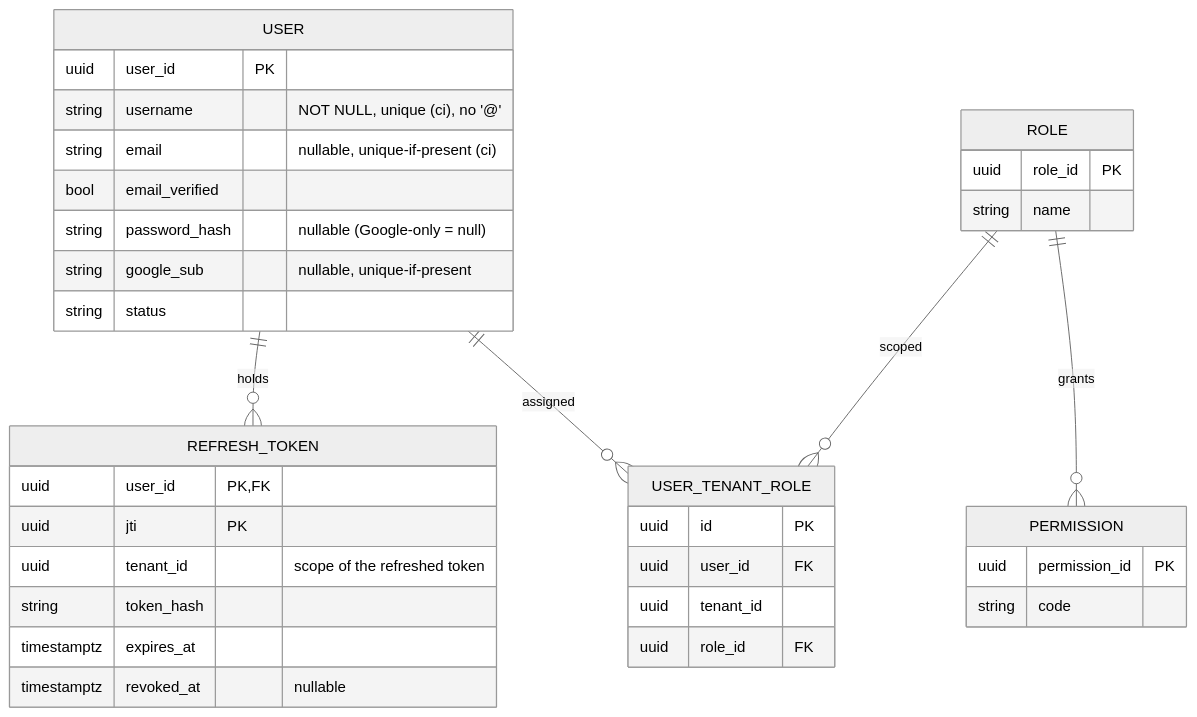
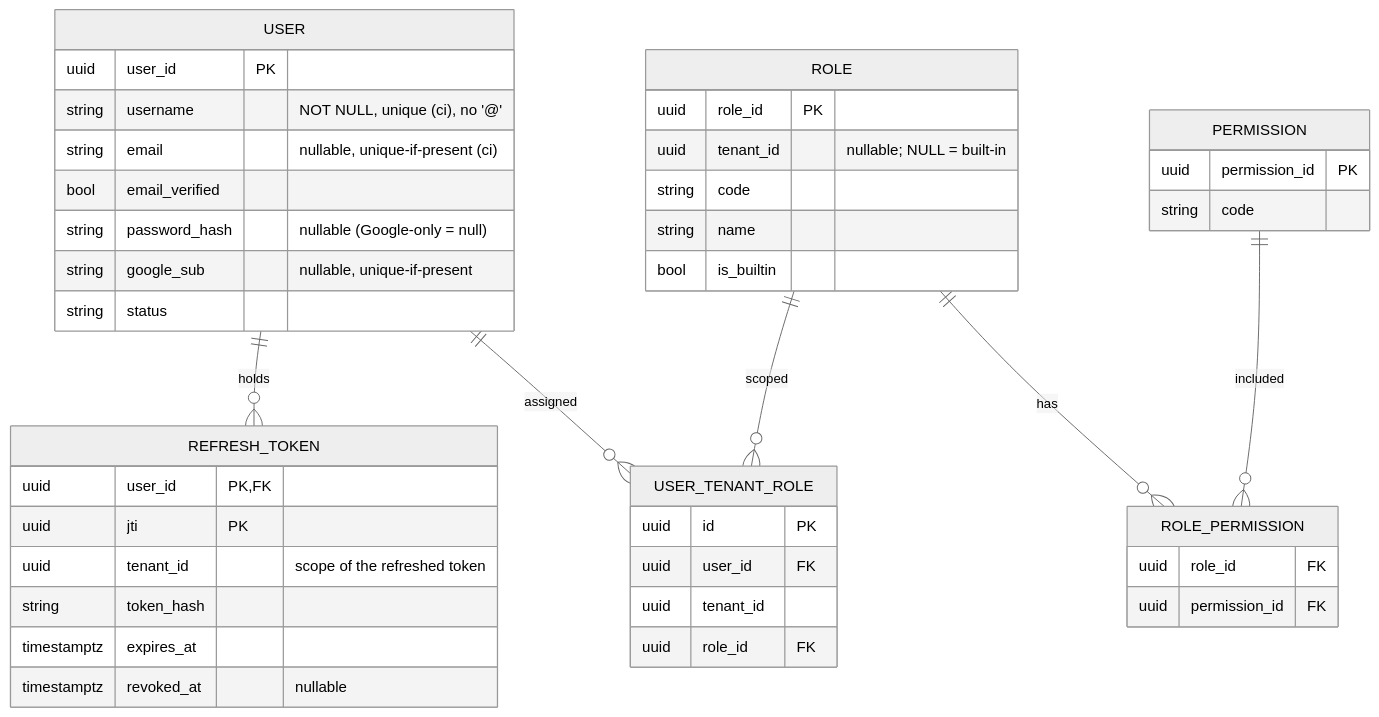
One commit to protocyber/akademiq changed the diagram in docs/internal/10_data_design/01_IAM_Service_ERD.md. Above: the diagram before and after it, drawn with Mermaid (neutral theme). The commit also changed other lines of this file and 9 other files, not shown here.

````diff
--- a/docs/internal/10_data_design/01_IAM_Service_ERD.md
+++ b/docs/internal/10_data_design/01_IAM_Service_ERD.md
@@ -3,43 +3,52 @@
 ```mermaid
 erDiagram
 USER {
   uuid user_id PK
   string username "NOT NULL, unique (ci), no '@'"
   string email "nullable, unique-if-present (ci)"
   bool email_verified
   string password_hash "nullable (Google-only = null)"
   string google_sub "nullable, unique-if-present"
   string status
 }
 
 ROLE {
   uuid role_id PK
+  uuid tenant_id "nullable; NULL = built-in"
+  string code
   string name
+  bool is_builtin
 }
 
 PERMISSION {
   uuid permission_id PK
   string code
+}
+
+ROLE_PERMISSION {
+  uuid role_id FK
+  uuid permission_id FK
 }
 
 USER_TENANT_ROLE {
   uuid id PK
   uuid user_id FK
   uuid tenant_id
   uuid role_id FK
 }
 
 REFRESH_TOKEN {
   uuid user_id PK,FK
   uuid jti PK
   uuid tenant_id "scope of the refreshed token"
   string token_hash
   timestamptz expires_at
   timestamptz revoked_at "nullable"
 }
 
-ROLE ||--o{ PERMISSION : grants
+ROLE ||--o{ ROLE_PERMISSION : has
+PERMISSION ||--o{ ROLE_PERMISSION : included
 USER ||--o{ USER_TENANT_ROLE : assigned
 ROLE ||--o{ USER_TENANT_ROLE : scoped
 USER ||--o{ REFRESH_TOKEN : holds
 ```
````
